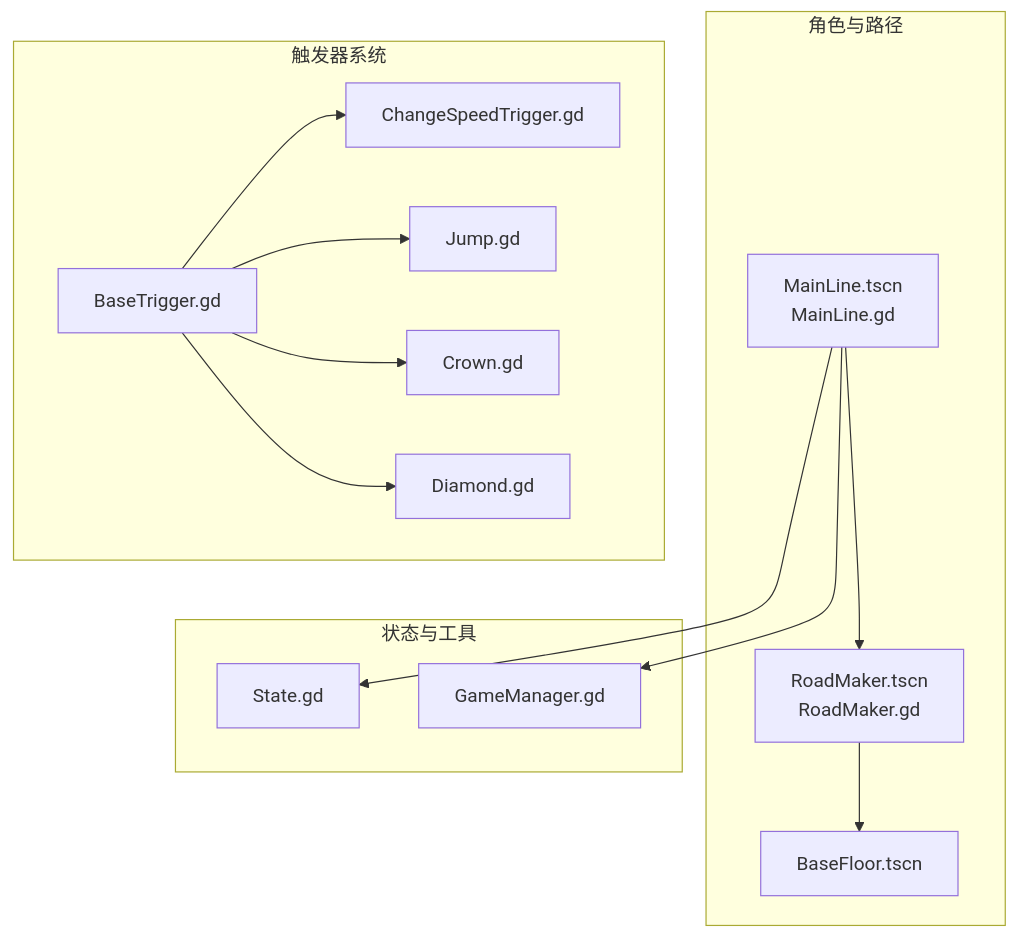
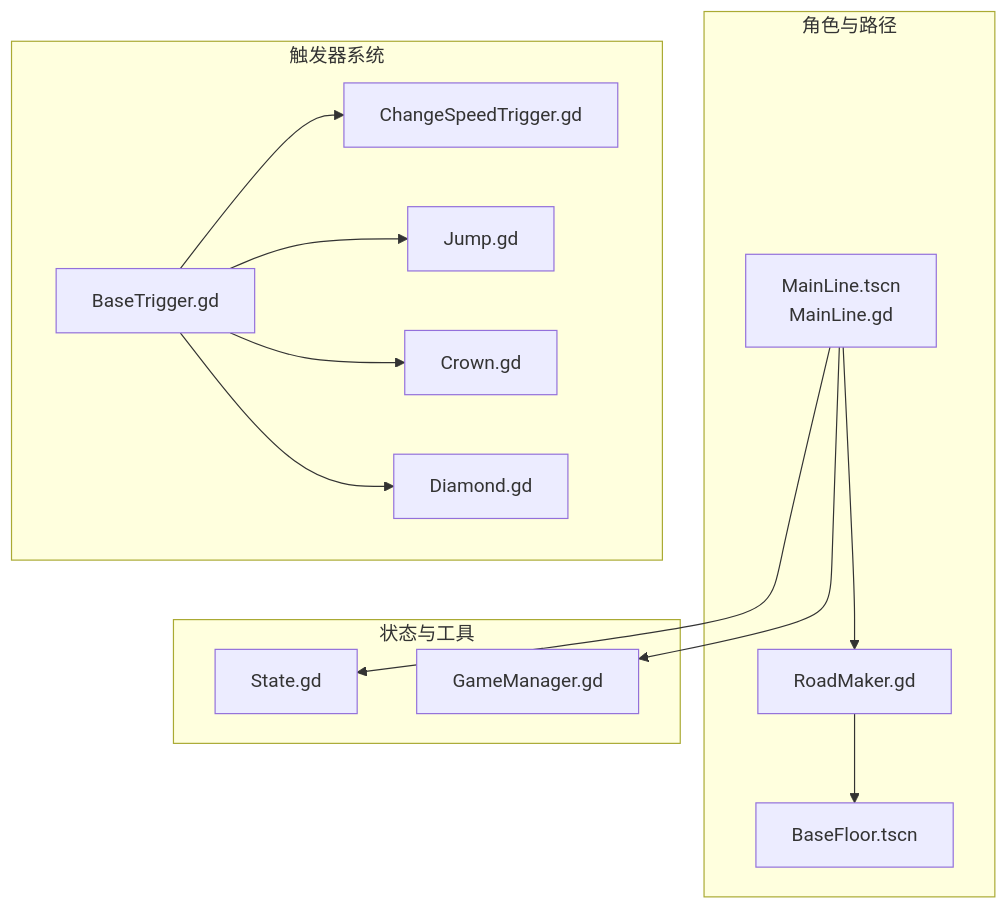
The first of 6 diagrams in .qoder/repowiki/zh/content/游戏系统/路径生成系统.md (godotline/godot-line), drawn with Mermaid before and after one commit. The commit also changed other lines of this file and 17 other files, not shown here.

````diff
--- a/.qoder/repowiki/zh/content/游戏系统/路径生成系统.md
+++ b/.qoder/repowiki/zh/content/游戏系统/路径生成系统.md
@@ -50,27 +58,27 @@
 ```mermaid
 graph TB
 subgraph "角色与路径"
 ML["MainLine.tscn<br/>MainLine.gd"]
-RM["RoadMaker.tscn<br/>RoadMaker.gd"]
+RM["RoadMaker.gd"]
 BF["BaseFloor.tscn"]
 end
 subgraph "触发器系统"
 BT["BaseTrigger.gd"]
 CST["ChangeSpeedTrigger.gd"]
 JT["Jump.gd"]
 CT["Crown.gd"]
 DT["Diamond.gd"]
 end
 subgraph "状态与工具"
 ST["State.gd"]
 GM["GameManager.gd"]
 end
 ML --> RM
 RM --> BF
 ML --> ST
 ML --> GM
 BT --> CST
 BT --> JT
 BT --> CT
 BT --> DT
 ```
````
